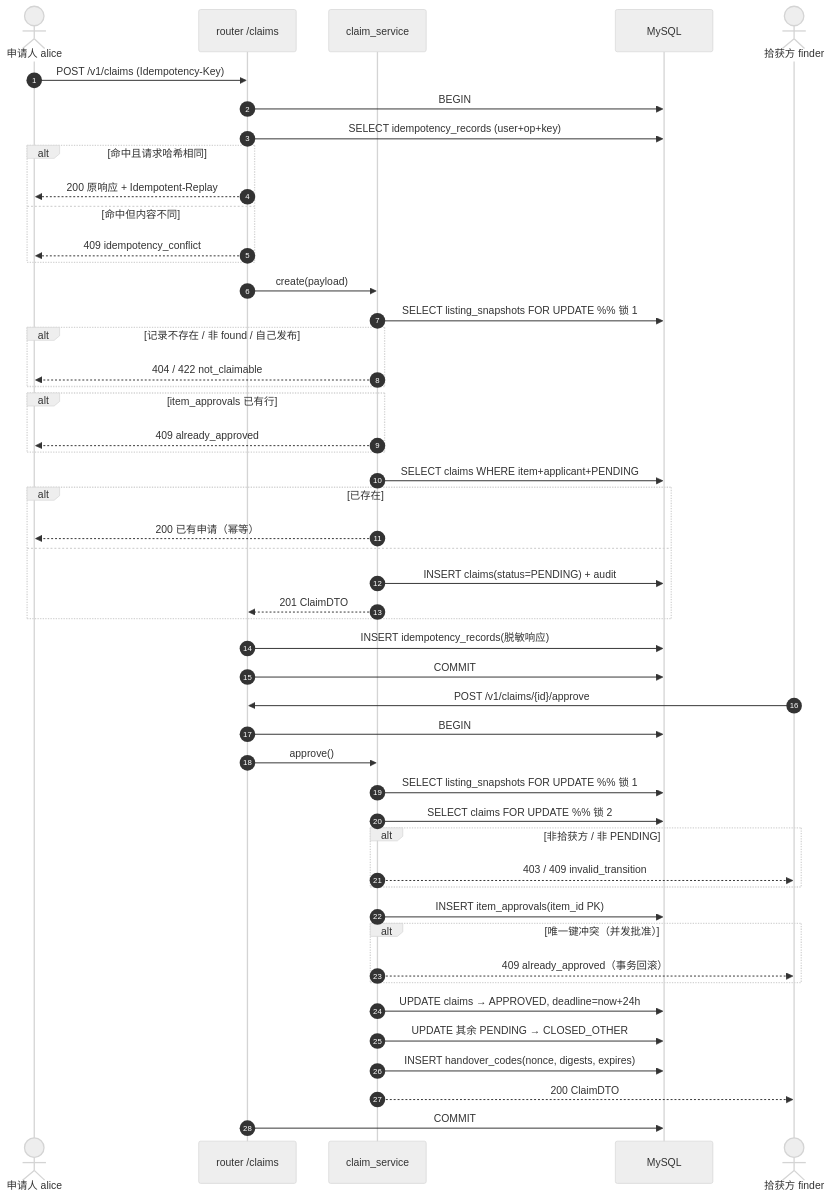
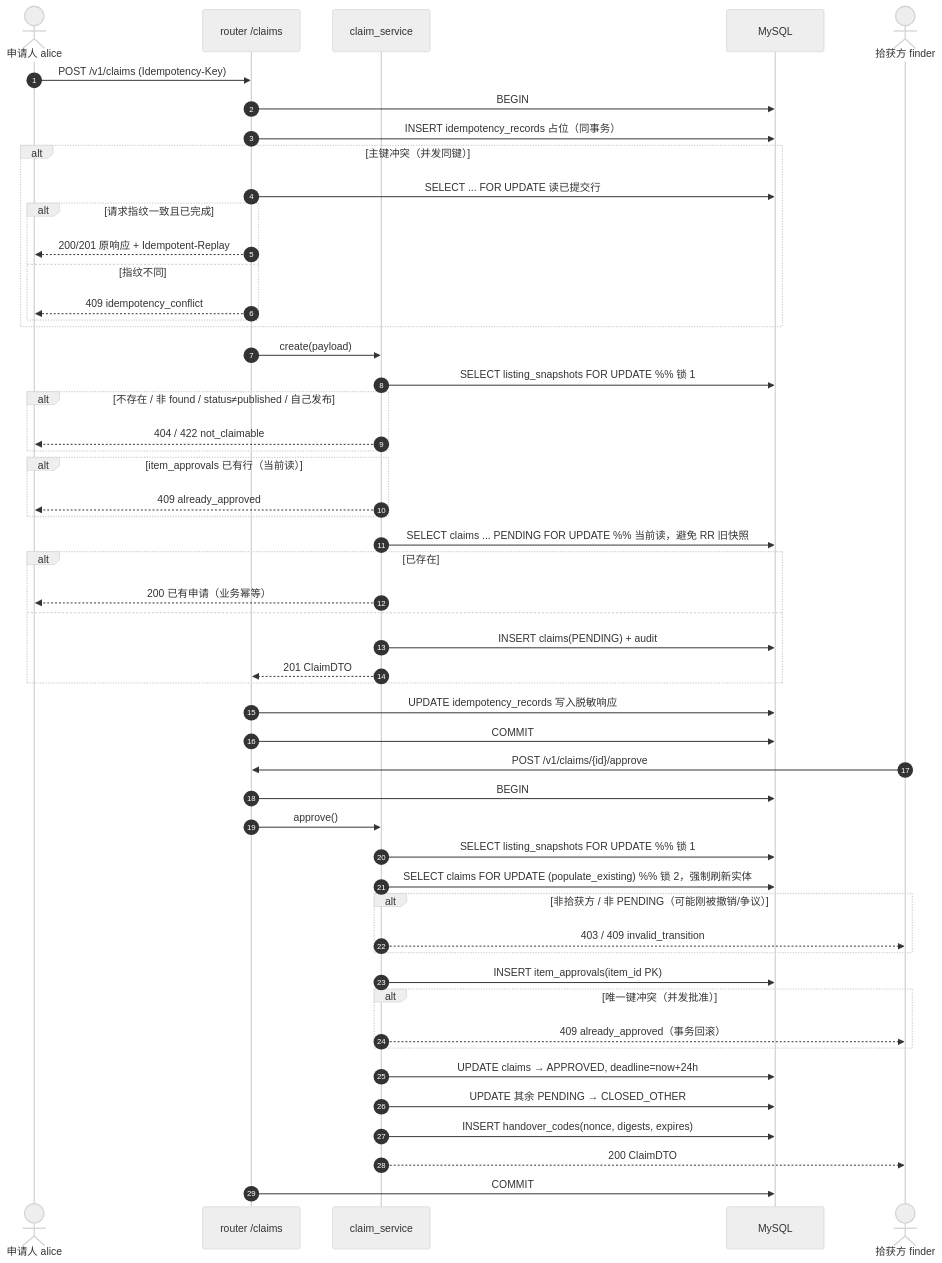
One commit to hello318869/claim-subsystem changed the first of 3 diagrams in docs/process-design.md. Above: the diagram before and after it, drawn with Mermaid (neutral theme). The commit also changed other lines of this file and 24 other files, not shown here.

````diff
--- a/docs/process-design.md
+++ b/docs/process-design.md
@@ -7,53 +8,56 @@
 ```mermaid
 sequenceDiagram
   autonumber
   actor A as 申请人 alice
   participant R as router /claims
   participant S as claim_service
   participant DB as MySQL
 
   A->>R: POST /v1/claims (Idempotency-Key)
   R->>DB: BEGIN
-  R->>DB: SELECT idempotency_records (user+op+key)
-  alt 命中且请求哈希相同
-    R-->>A: 200 原响应 + Idempotent-Replay
-  else 命中但内容不同
-    R-->>A: 409 idempotency_conflict
+  R->>DB: INSERT idempotency_records 占位（同事务）
+  alt 主键冲突（并发同键）
+    R->>DB: SELECT ... FOR UPDATE 读已提交行
+    alt 请求指纹一致且已完成
+      R-->>A: 200/201 原响应 + Idempotent-Replay
+    else 指纹不同
+      R-->>A: 409 idempotency_conflict
+    end
   end
   R->>S: create(payload)
   S->>DB: SELECT listing_snapshots FOR UPDATE   %% 锁 1
-  alt 记录不存在 / 非 found / 自己发布
+  alt 不存在 / 非 found / status≠published / 自己发布
     S-->>A: 404 / 422 not_claimable
   end
-  alt item_approvals 已有行
+  alt item_approvals 已有行（当前读）
     S-->>A: 409 already_approved
   end
-  S->>DB: SELECT claims WHERE item+applicant+PENDING
+  S->>DB: SELECT claims ... PENDING FOR UPDATE   %% 当前读，避免 RR 旧快照
   alt 已存在
-    S-->>A: 200 已有申请（幂等）
+    S-->>A: 200 已有申请（业务幂等）
   else
-    S->>DB: INSERT claims(status=PENDING) + audit
+    S->>DB: INSERT claims(PENDING) + audit
     S-->>R: 201 ClaimDTO
   end
-  R->>DB: INSERT idempotency_records(脱敏响应)
+  R->>DB: UPDATE idempotency_records 写入脱敏响应
   R->>DB: COMMIT
 
   actor F as 拾获方 finder
   F->>R: POST /v1/claims/{id}/approve
   R->>DB: BEGIN
   R->>S: approve()
   S->>DB: SELECT listing_snapshots FOR UPDATE   %% 锁 1
-  S->>DB: SELECT claims FOR UPDATE              %% 锁 2
-  alt 非拾获方 / 非 PENDING
+  S->>DB: SELECT claims FOR UPDATE (populate_existing)  %% 锁 2，强制刷新实体
+  alt 非拾获方 / 非 PENDING（可能刚被撤销/争议）
     S-->>F: 403 / 409 invalid_transition
   end
   S->>DB: INSERT item_approvals(item_id PK)
   alt 唯一键冲突（并发批准）
     S-->>F: 409 already_approved（事务回滚）
   end
   S->>DB: UPDATE claims → APPROVED, deadline=now+24h
   S->>DB: UPDATE 其余 PENDING → CLOSED_OTHER
   S->>DB: INSERT handover_codes(nonce, digests, expires)
   S-->>F: 200 ClaimDTO
   R->>DB: COMMIT
 ```
````
